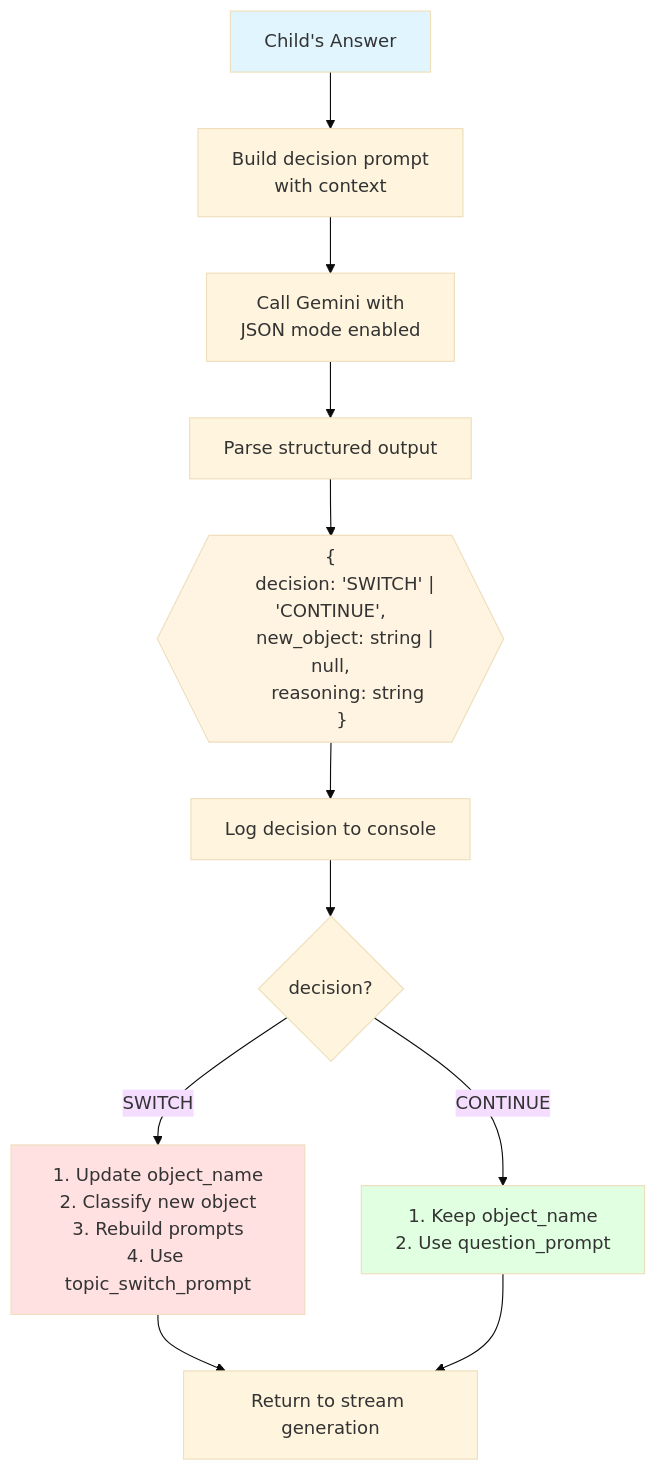
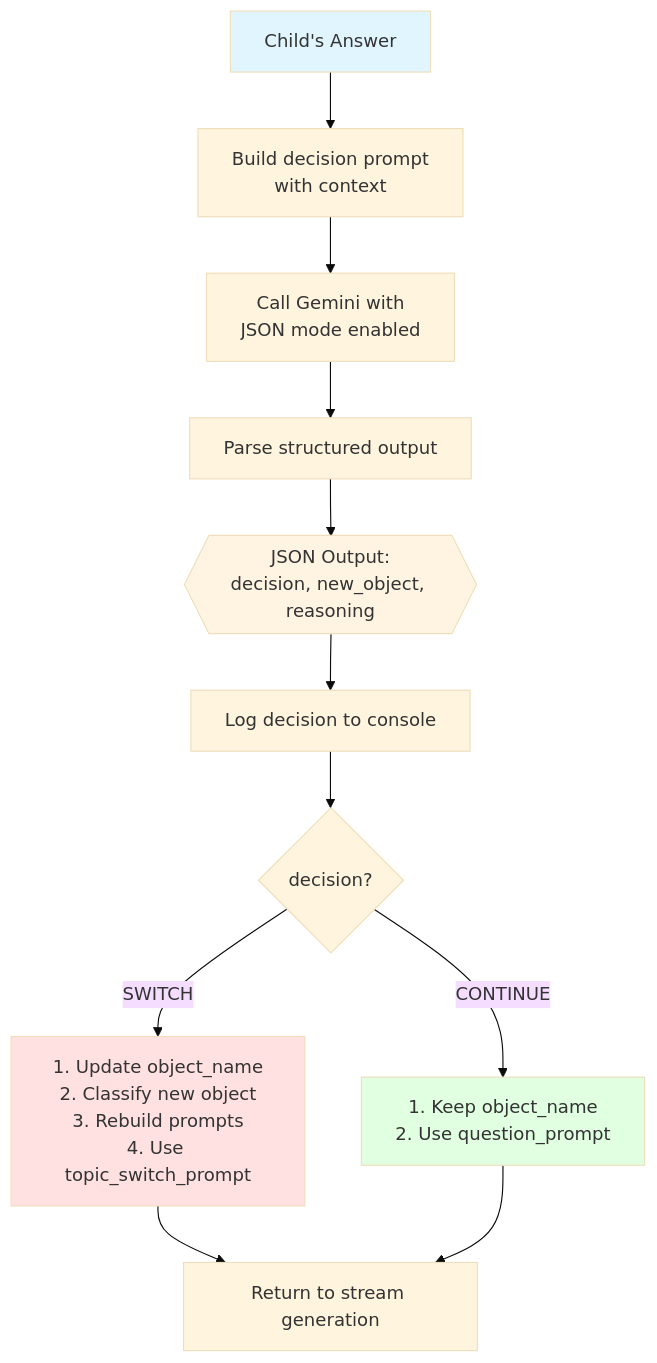
Before and after one commit to HuangJiaChen1/AI_ask_ask: the fifth of 14 diagrams in Gemini/paixueji/ARCHITECTURE.md, drawn with Mermaid (base theme). The commit also changed other lines of this file, not shown here.

````diff
--- a/Gemini/paixueji/ARCHITECTURE.md
+++ b/Gemini/paixueji/ARCHITECTURE.md
@@ -222,28 +222,22 @@
 ```mermaid
 flowchart TD
     Input[Child's Answer] --> Build[Build decision prompt<br/>with context]
     Build --> Call[Call Gemini with<br/>JSON mode enabled]
     Call --> Parse[Parse structured output]
 
-    Parse --> Output{{"
-    {
-      decision: 'SWITCH' | 'CONTINUE',
-      new_object: string | null,
-      reasoning: string
-    }
-    "}}
+    Parse --> Output{{"JSON Output:<br/>decision, new_object, reasoning"}}
 
     Output --> Log[Log decision to console]
 
     Log --> Route{decision?}
     Route -->|SWITCH| Action1[1. Update object_name<br/>2. Classify new object<br/>3. Rebuild prompts<br/>4. Use topic_switch_prompt]
     Route -->|CONTINUE| Action2[1. Keep object_name<br/>2. Use question_prompt]
 
     Action1 --> Return[Return to stream generation]
     Action2 --> Return
 
     style Input fill:#e1f5ff
     style Output fill:#fff4e1
     style Action1 fill:#ffe1e1
     style Action2 fill:#e1ffe1
 ```
````
